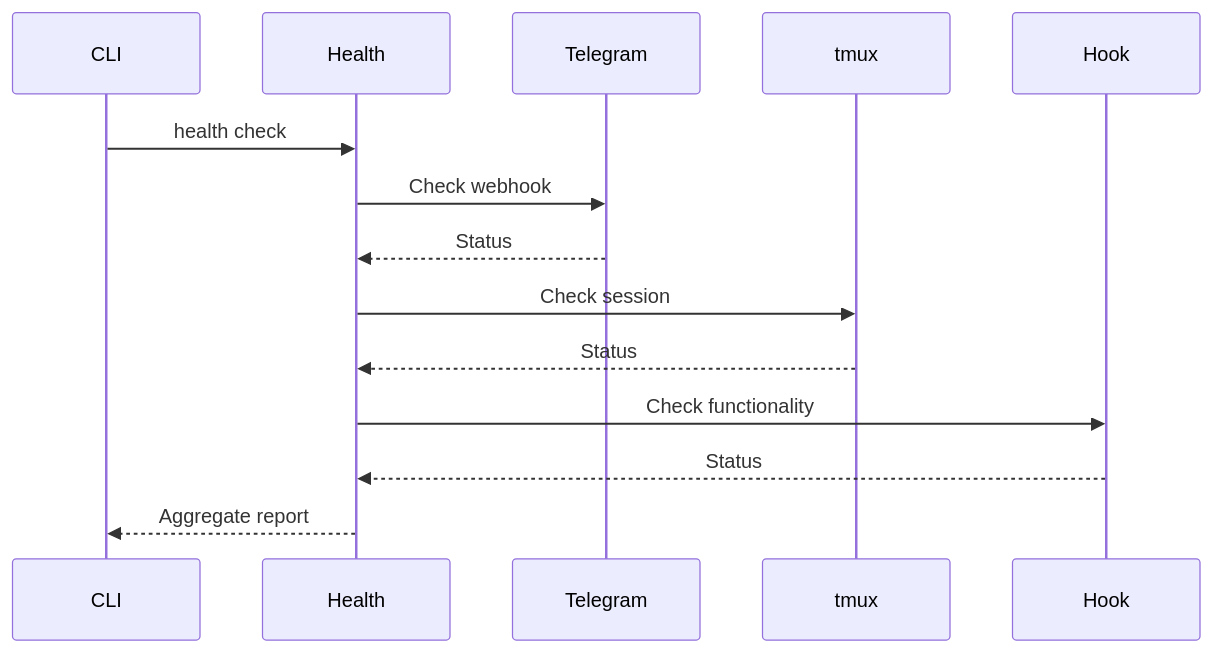
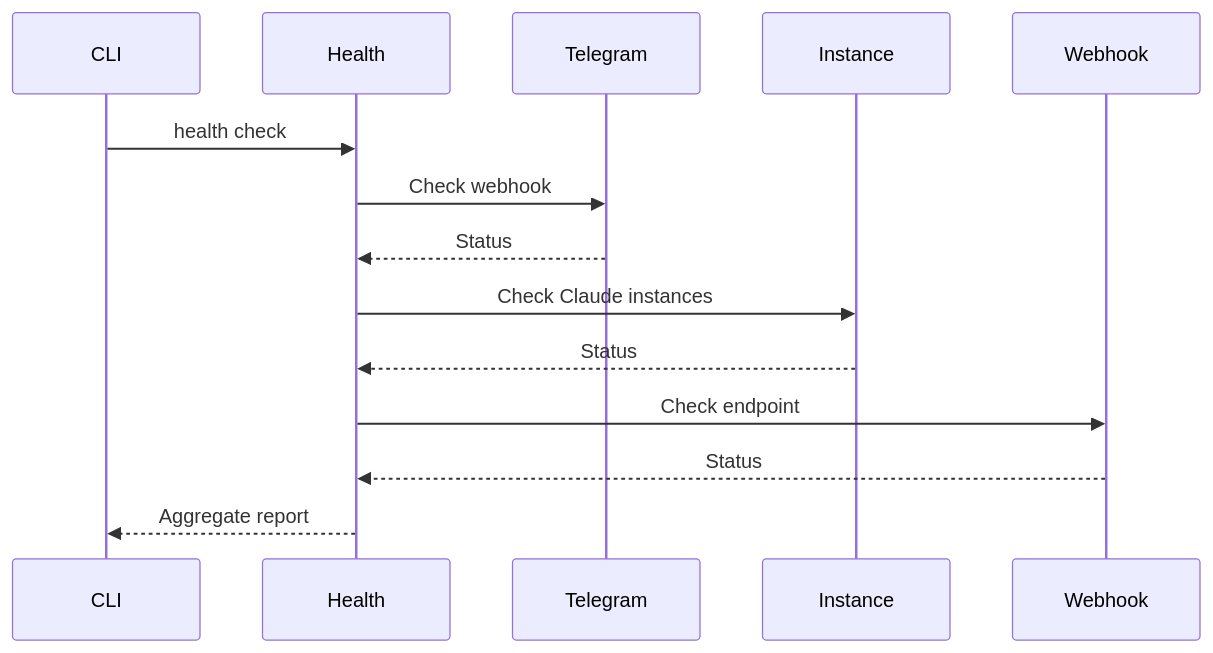
The second of 2 diagrams in docs/DEVELOPER_SPEC.md (robinmin/cc-bridge), drawn with Mermaid before and after one commit. The commit also changed other lines of this file and 111 other files, not shown here.

````diff
--- a/docs/DEVELOPER_SPEC.md
+++ b/docs/DEVELOPER_SPEC.md
@@ -174,17 +185,17 @@
 ```mermaid
 sequenceDiagram
     participant CLI
     participant Health
     participant Telegram
-    participant tmux
-    participant Hook
+    participant Instance
+    participant Webhook
 
     CLI->>Health: health check
     Health->>Telegram: Check webhook
     Telegram-->>Health: Status
-    Health->>tmux: Check session
-    tmux-->>Health: Status
-    Health->>Hook: Check functionality
-    Hook-->>Health: Status
+    Health->>Instance: Check Claude instances
+    Instance-->>Health: Status
+    Health->>Webhook: Check endpoint
+    Webhook-->>Health: Status
     Health-->>CLI: Aggregate report
 ```
````
